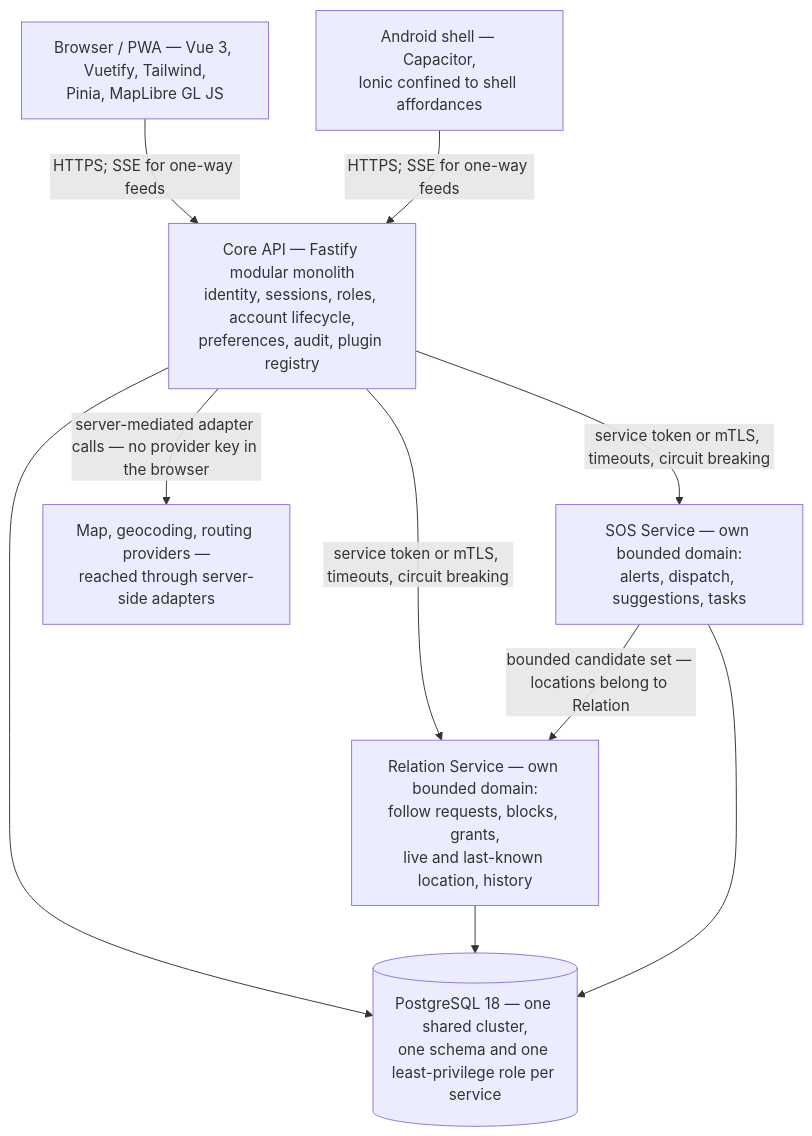
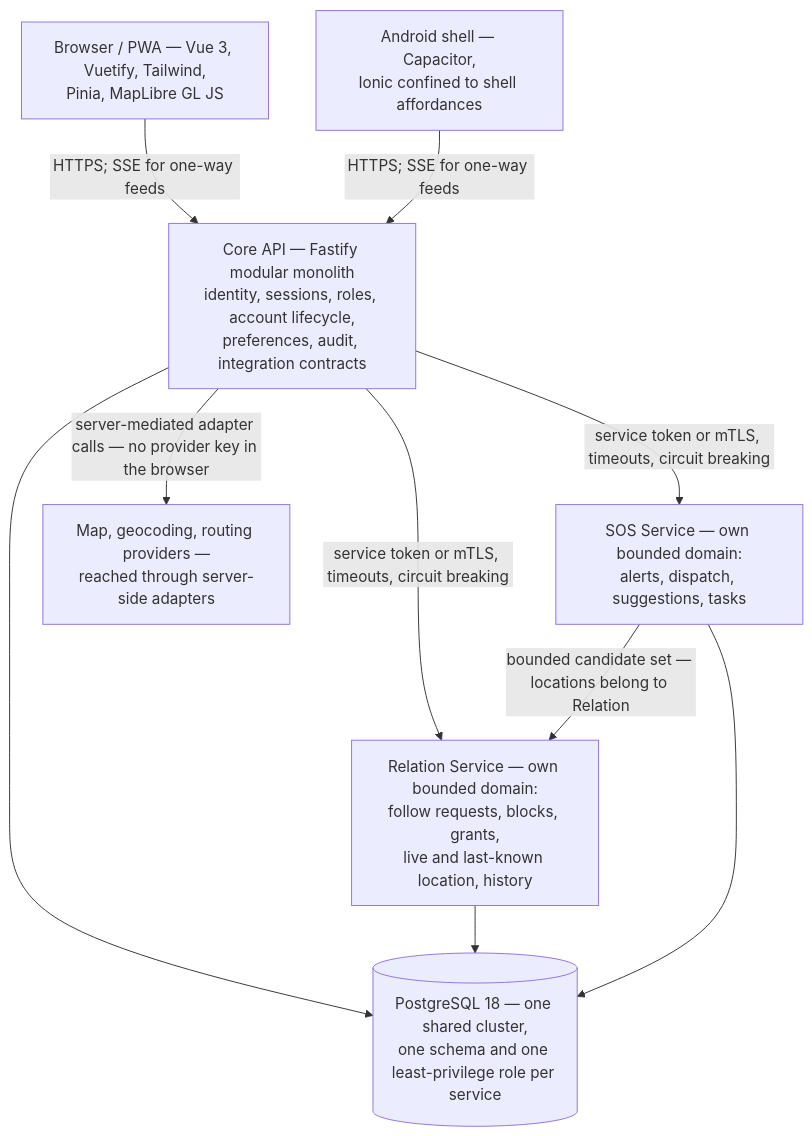
Before and after one commit to komeilm76/boro_biya: the second of 16 diagrams in docs/DIAGRAMS.md, drawn with Mermaid. The commit also changed other lines of this file and 162 other files, not shown here.

````diff
--- a/docs/DIAGRAMS.md
+++ b/docs/DIAGRAMS.md
@@ -48,19 +48,19 @@
 ```mermaid
 flowchart TB
   browser["Browser / PWA — Vue 3, Vuetify, Tailwind,<br/>Pinia, MapLibre GL JS"]
   shell["Android shell — Capacitor,<br/>Ionic confined to shell affordances"]
-  api["Core API — Fastify modular monolith<br/>identity, sessions, roles, account lifecycle,<br/>preferences, audit, plugin registry"]
+  api["Core API — Fastify modular monolith<br/>identity, sessions, roles, account lifecycle,<br/>preferences, audit, integration contracts"]
   rel["Relation Service — own bounded domain:<br/>follow requests, blocks, grants,<br/>live and last-known location, history"]
   sos["SOS Service — own bounded domain:<br/>alerts, dispatch, suggestions, tasks"]
   pg[("PostgreSQL 18 — one shared cluster,<br/>one schema and one least-privilege role per service")]
   providers["Map, geocoding, routing providers —<br/>reached through server-side adapters"]
   browser -->|"HTTPS; SSE for one-way feeds"| api
   shell -->|"HTTPS; SSE for one-way feeds"| api
   api -->|"service token or mTLS, timeouts, circuit breaking"| rel
   api -->|"service token or mTLS, timeouts, circuit breaking"| sos
   sos -->|"bounded candidate set — locations belong to Relation"| rel
   api --> pg
   rel --> pg
   sos --> pg
   api -->|"server-mediated adapter calls — no provider key in the browser"| providers
 ```
````
